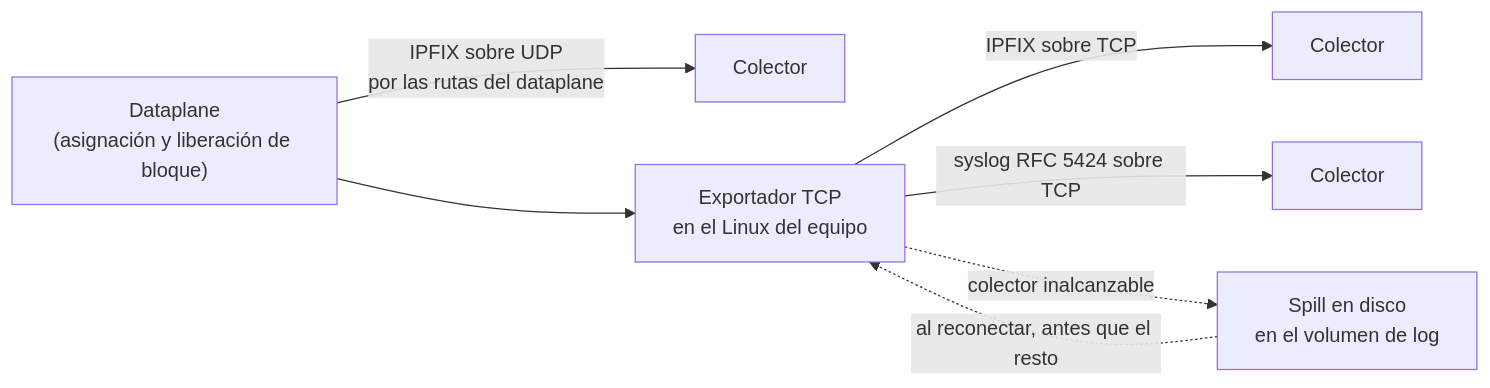
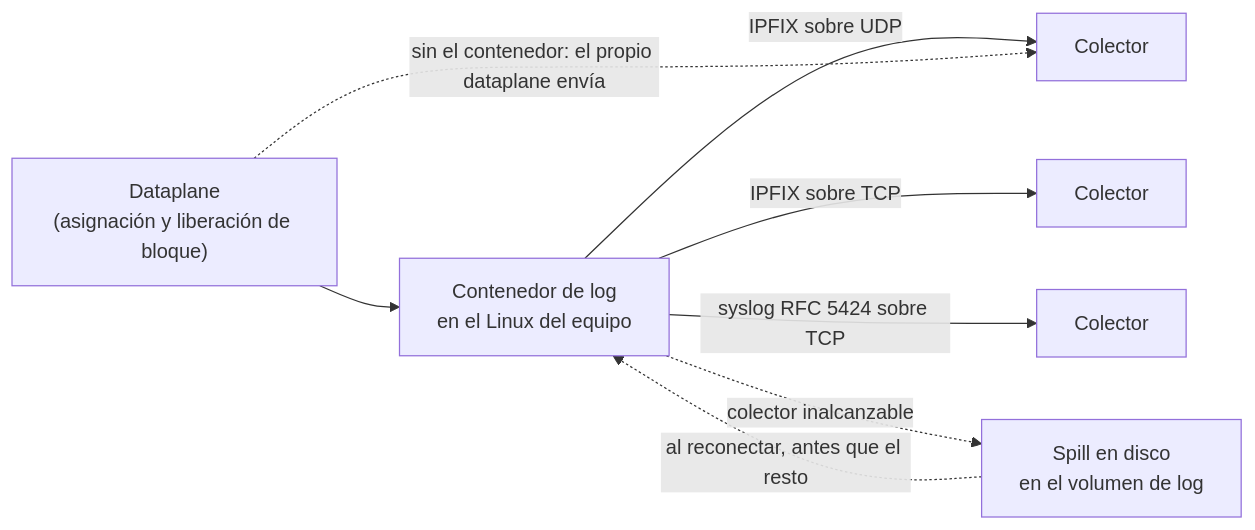
The first of 3 diagrams in wiki/operar/adonde-van-los-registros-colector-transporte-y-retencion.md (andrediashexa/prismarouting), drawn with Mermaid before and after one commit. The commit also changed other lines of this file and 101 other files, not shown here.

````diff
--- a/wiki/operar/adonde-van-los-registros-colector-transporte-y-retencion.md
+++ b/wiki/operar/adonde-van-los-registros-colector-transporte-y-retencion.md
@@ -21,9 +21,10 @@
 ```mermaid
 flowchart LR
-    DP["Dataplane<br/>(asignación y liberación de bloque)"] -->|"IPFIX sobre UDP<br/>por las rutas del dataplane"| C1["Colector"]
-    DP --> EX["Exportador TCP<br/>en el Linux del equipo"]
+    DP["Dataplane<br/>(asignación y liberación de bloque)"] --> EX["Contenedor de log<br/>en el Linux del equipo"]
+    EX -->|"IPFIX sobre UDP"| C1["Colector"]
+    DP -.->|"sin el contenedor: el propio dataplane envía"| C1
     EX -->|"IPFIX sobre TCP"| C2["Colector"]
     EX -->|"syslog RFC 5424 sobre TCP"| C3["Colector"]
     EX -.->|"colector inalcanzable"| SP["Spill en disco<br/>en el volumen de log"]
     SP -.->|"al reconectar, antes que el resto"| EX
 ```
````
